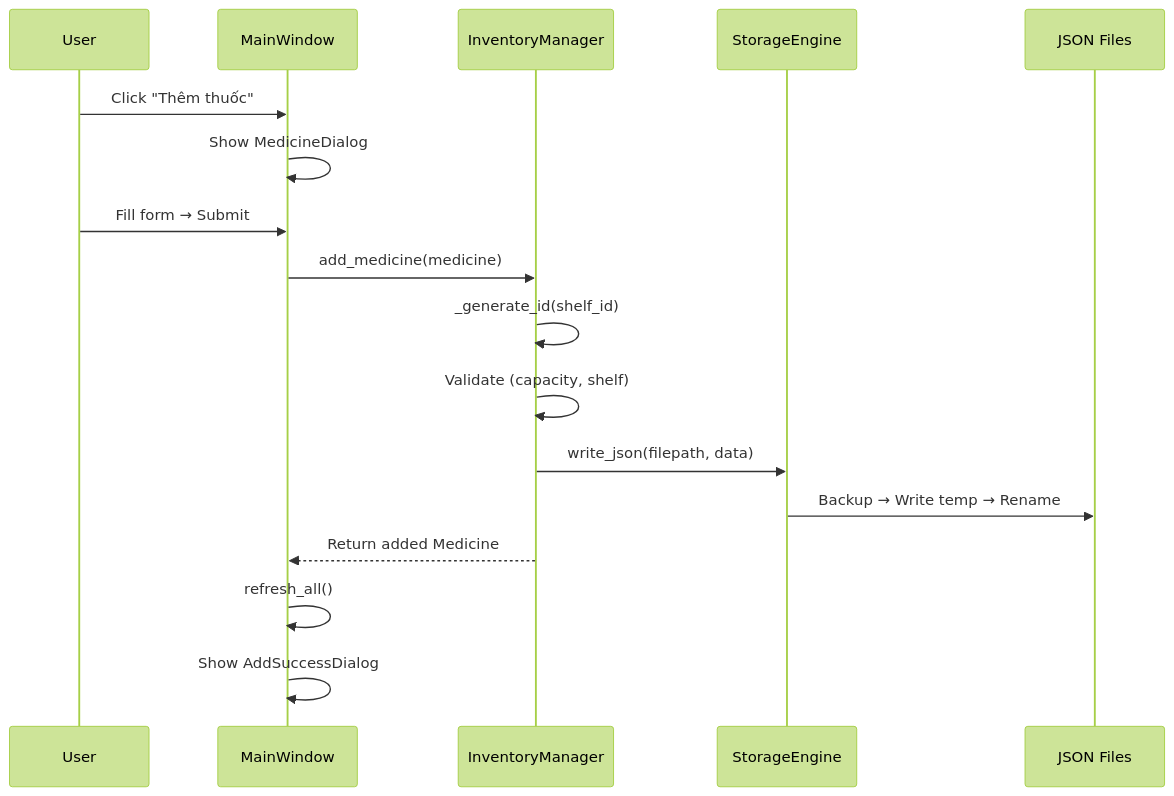
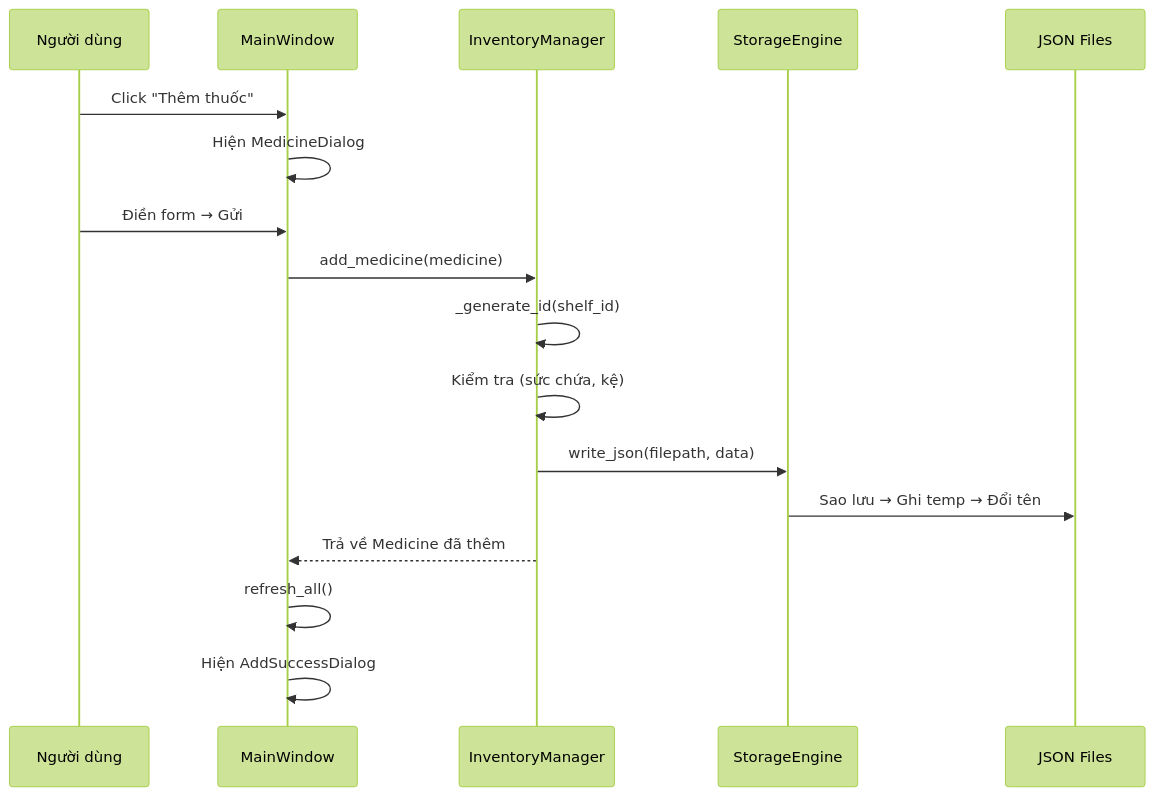
The second of 3 diagrams in context.md (Des1r3d/KiThuatLapTrinhNhom3), drawn with Mermaid (forest theme) before and after one commit. The commit also changed other lines of this file and 30 other files, not shown here.

````diff
--- a/context.md
+++ b/context.md
@@ -360,20 +408,20 @@
 ```mermaid
 sequenceDiagram
-    participant U as User
+    participant U as Người dùng
     participant MW as MainWindow
     participant IM as InventoryManager
     participant SE as StorageEngine
     participant JSON as JSON Files
 
     U->>MW: Click "Thêm thuốc"
-    MW->>MW: Show MedicineDialog
-    U->>MW: Fill form → Submit
+    MW->>MW: Hiện MedicineDialog
+    U->>MW: Điền form → Gửi
     MW->>IM: add_medicine(medicine)
     IM->>IM: _generate_id(shelf_id)
-    IM->>IM: Validate (capacity, shelf)
+    IM->>IM: Kiểm tra (sức chứa, kệ)
     IM->>SE: write_json(filepath, data)
-    SE->>JSON: Backup → Write temp → Rename
-    IM-->>MW: Return added Medicine
+    SE->>JSON: Sao lưu → Ghi temp → Đổi tên
+    IM-->>MW: Trả về Medicine đã thêm
     MW->>MW: refresh_all()
-    MW->>MW: Show AddSuccessDialog
+    MW->>MW: Hiện AddSuccessDialog
 ```
````
